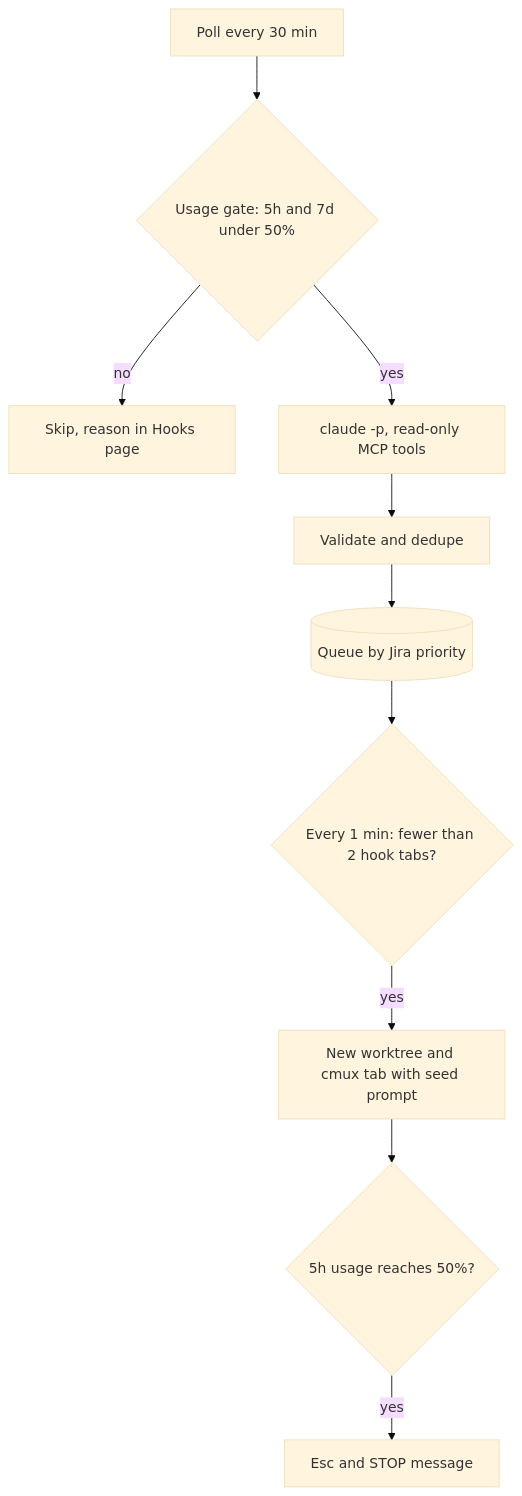
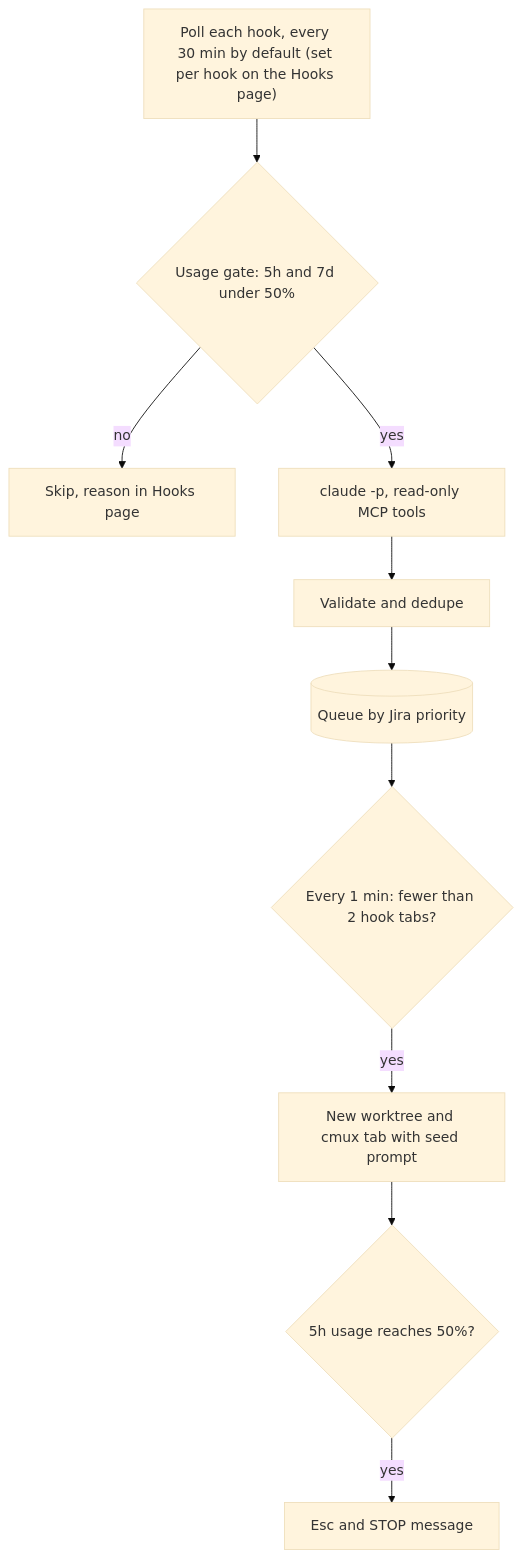
The fourth of 4 diagrams in README.md (snj-adhikari/agent-dashboard), drawn with Mermaid (base theme) before and after one commit. The commit also changed other lines of this file and 30 other files, not shown here.

Commit message:
[TECH] Phone access over Tailscale with push notifications, per-hook poll interval

````diff
--- a/README.md
+++ b/README.md
@@ -270,12 +317,12 @@
 ```mermaid
 flowchart TD
-  P[Poll every 30 min] --> G{"Usage gate: 5h and 7d under 50%"}
+  P["Poll each hook, every 30 min by default (set per hook on the Hooks page)"] --> G{"Usage gate: 5h and 7d under 50%"}
   G -->|no| X[Skip, reason in Hooks page]
   G -->|yes| C["claude -p, read-only MCP tools"]
   C --> V[Validate and dedupe]
   V --> Q[(Queue by Jira priority)]
   Q --> D{"Every 1 min: fewer than 2 hook tabs?"}
   D -->|yes| W["New worktree and cmux tab with seed prompt"]
   W --> H{"5h usage reaches 50%?"}
   H -->|yes| S[Esc and STOP message]
 ```
````
